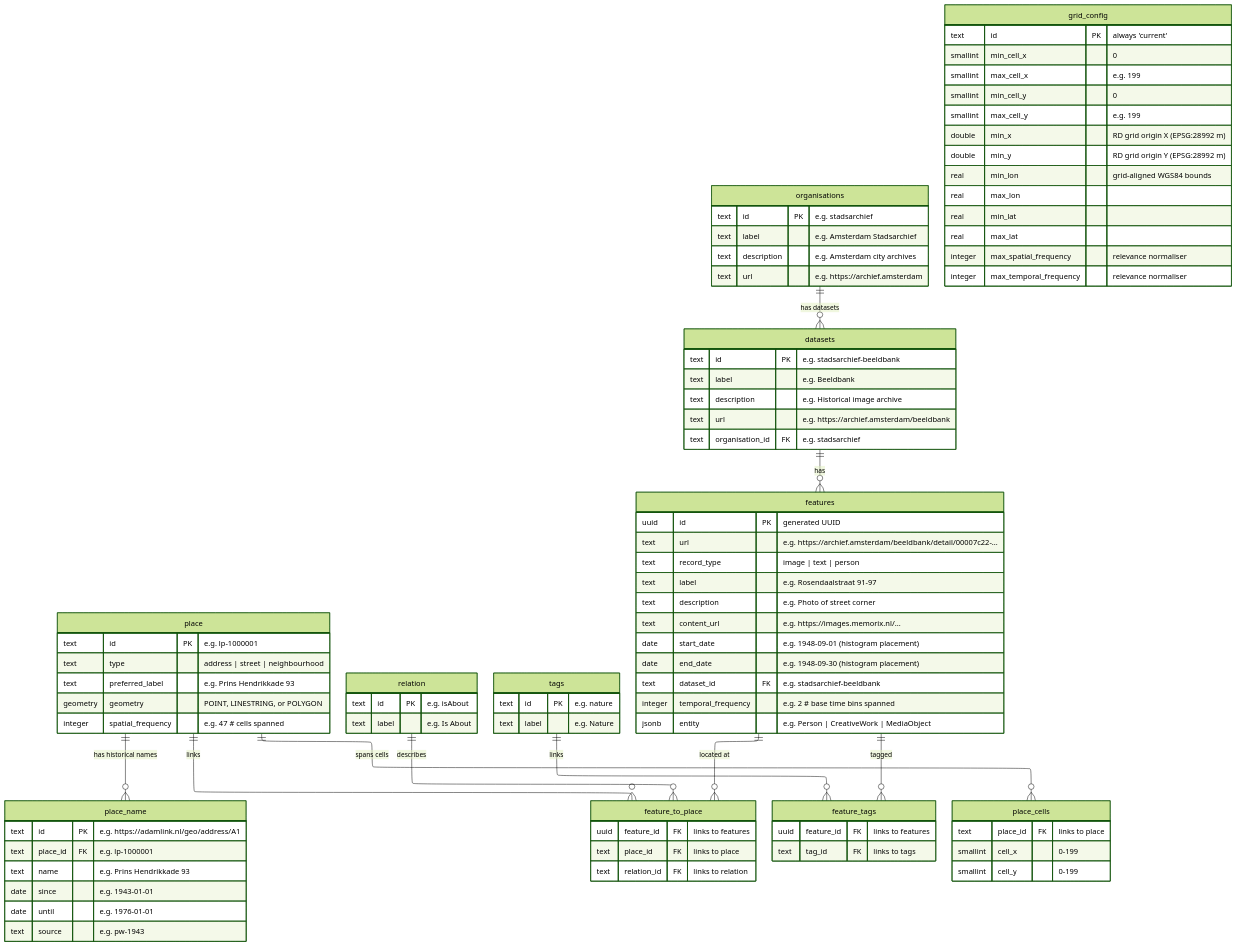
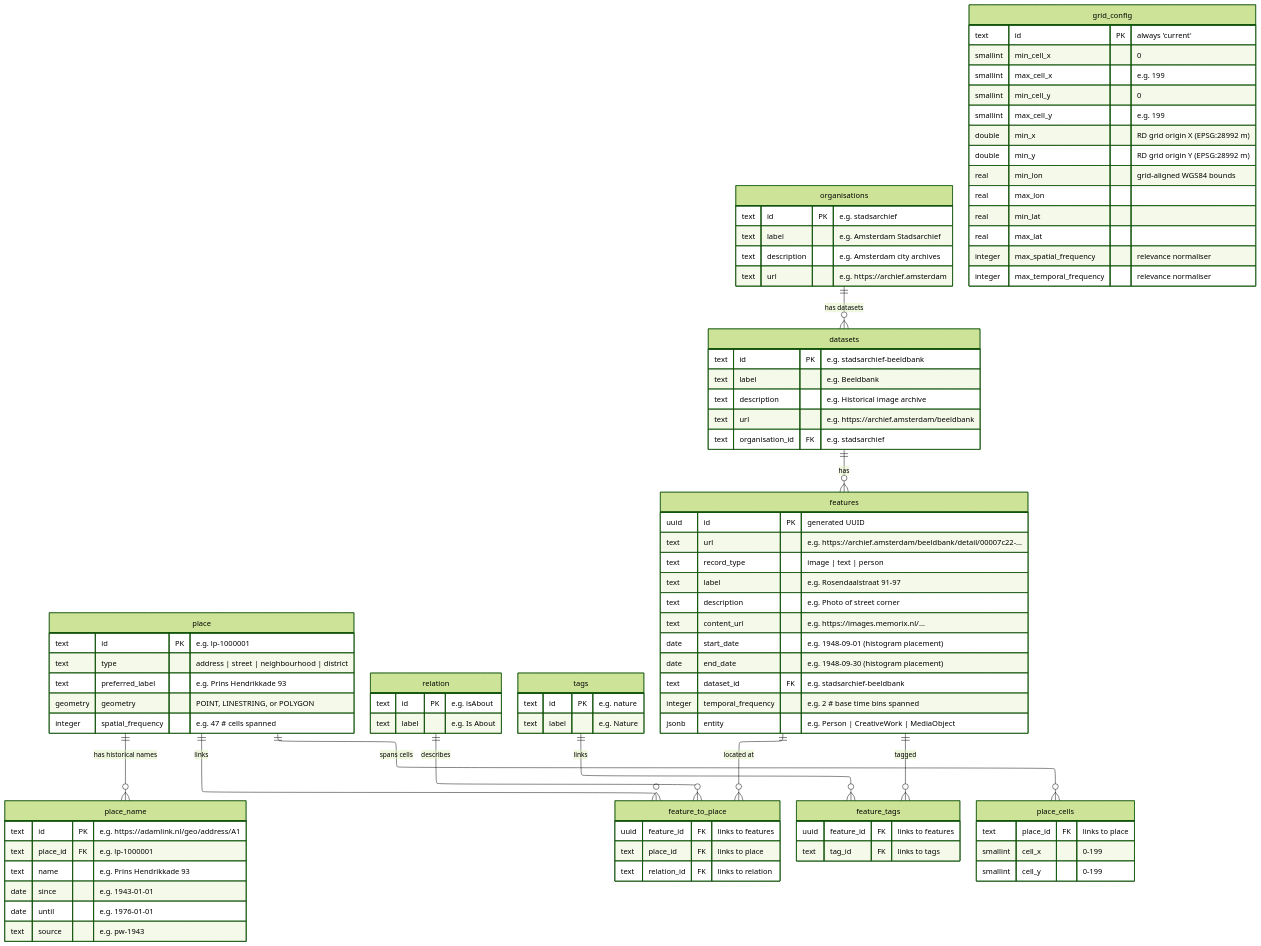
The diagram in README.md (amsterdamtimemachine/data-index), drawn with Mermaid (forest theme) before and after one commit. The commit also changed other lines of this file and 8 other files, not shown here.

```diff
--- a/README.md
+++ b/README.md
@@ -44,7 +44,7 @@
 
     place {
         text id PK "e.g. lp-1000001"
-        text type  "address | street | neighbourhood"
+        text type  "address | street | neighbourhood | district"
         text preferred_label  "e.g. Prins Hendrikkade 93"
         geometry geometry  "POINT, LINESTRING, or POLYGON"
         integer spatial_frequency  "e.g. 47 # cells spanned"
```
